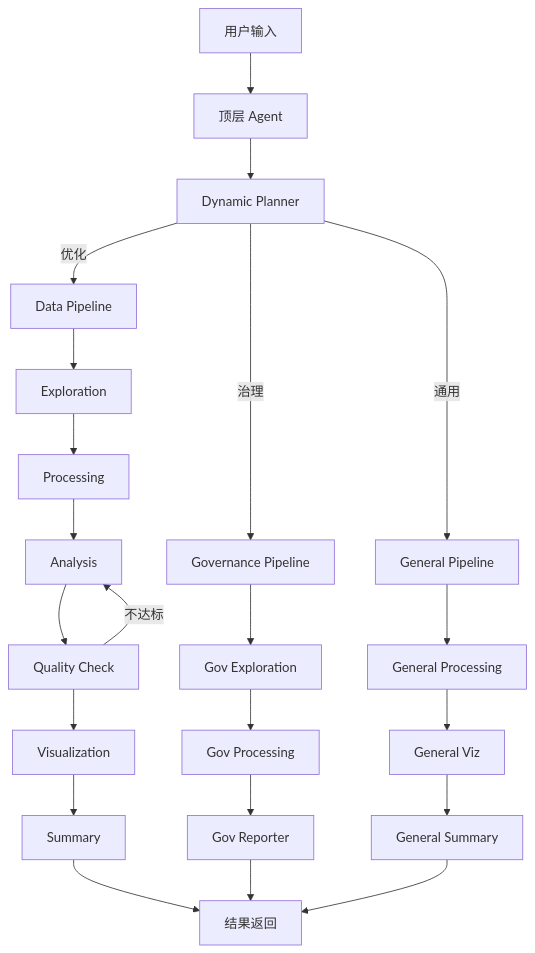
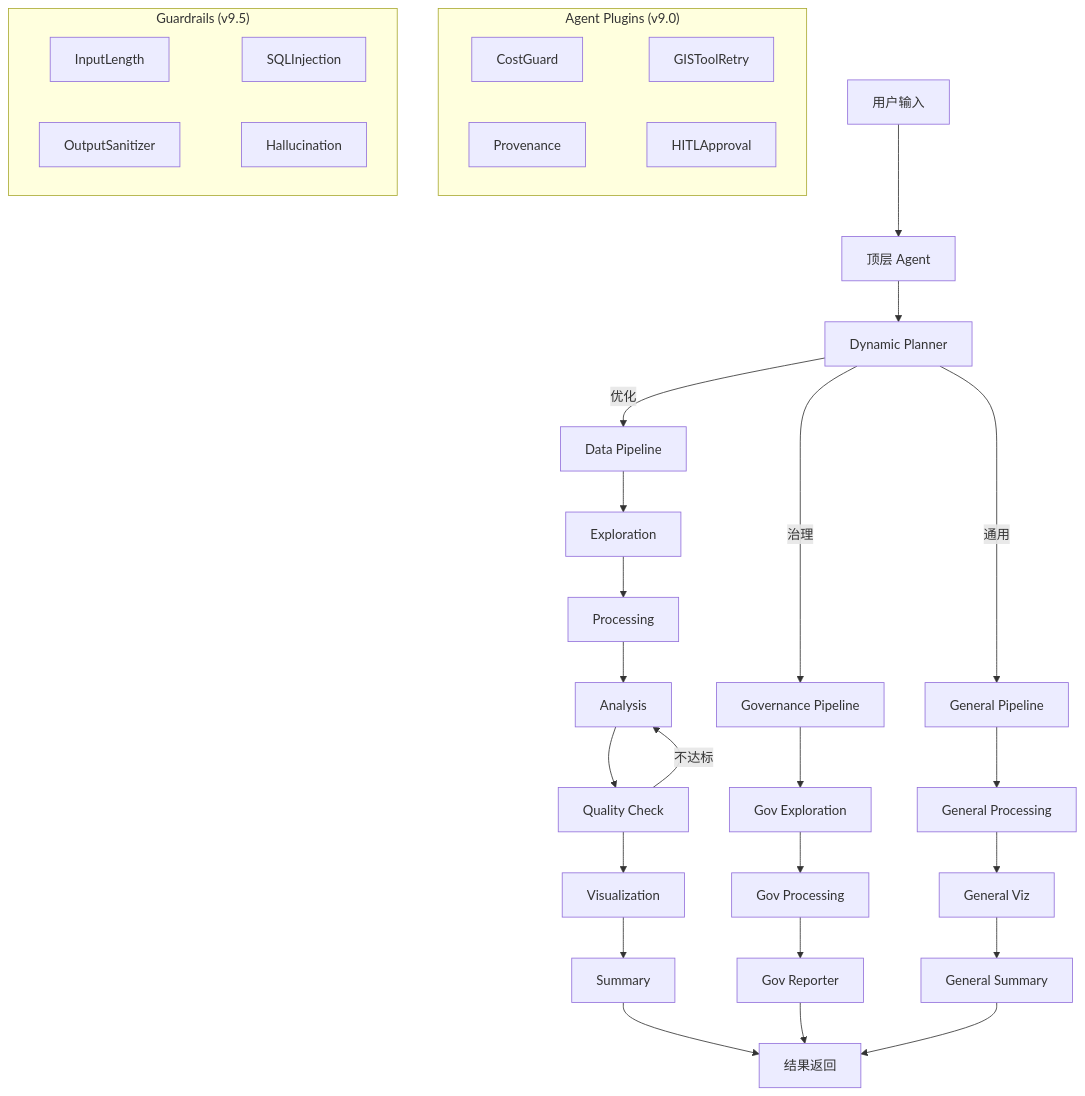
Before and after one commit to zhouning/gisdataagent: the diagram in README.md, drawn with Mermaid. The commit also changed other lines of this file, not shown here.

Commit message:
docs(readme): sync both READMEs to v9.5 — 58 endpoints, 1895 tests, 16/21 patterns, 4 Plugins, 4 Guardrails, SSE streaming

````diff
--- a/README.md
+++ b/README.md
@@ -62,22 +92,32 @@
 ```mermaid
 graph TD
     User["用户输入"] --> Root["顶层 Agent"]
     Root --> Planner["Dynamic Planner"]
 
     Planner -- 优化 --> OptP["Data Pipeline"]
     Planner -- 治理 --> GovP["Governance Pipeline"]
     Planner -- 通用 --> GenP["General Pipeline"]
 
     OptP --> Exp1["Exploration"] --> Proc1["Processing"]
     Proc1 --> Ana1["Analysis"] --> QC["Quality Check"]
     QC -- 不达标 --> Ana1
     QC --> Viz1["Visualization"] --> Sum1["Summary"]
 
     GovP --> Exp2["Gov Exploration"] --> Proc2["Gov Processing"] --> Rep2["Gov Reporter"]
 
     GenP --> Proc3["General Processing"] --> Viz3["General Viz"] --> Sum3["General Summary"]
 
     Sum1 --> Output["结果返回"]
     Rep2 --> Output
     Sum3 --> Output
+
+    subgraph Plugins ["Agent Plugins (v9.0)"]
+        CG["CostGuard"] ~~~ GR["GISToolRetry"]
+        PR["Provenance"] ~~~ HL["HITLApproval"]
+    end
+
+    subgraph Guards ["Guardrails (v9.5)"]
+        IL["InputLength"] ~~~ SI["SQLInjection"]
+        OS["OutputSanitizer"] ~~~ HG["Hallucination"]
+    end
 ```
````
